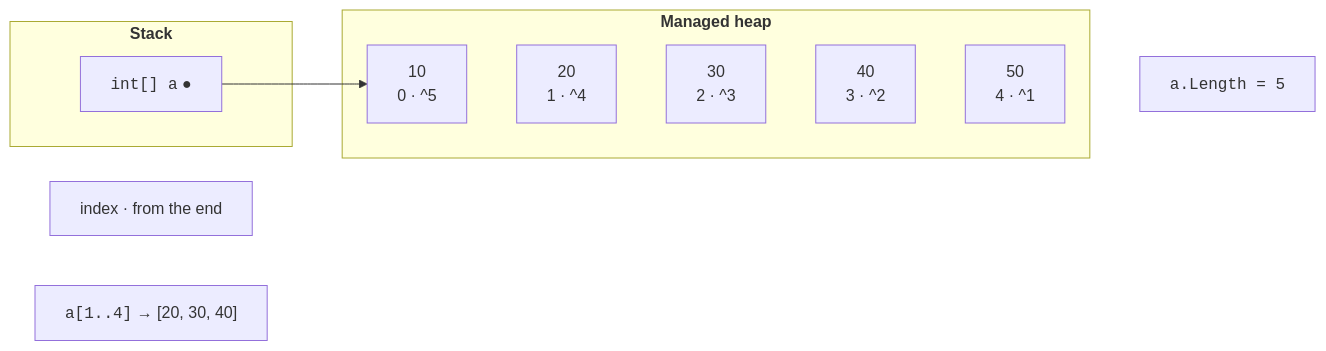
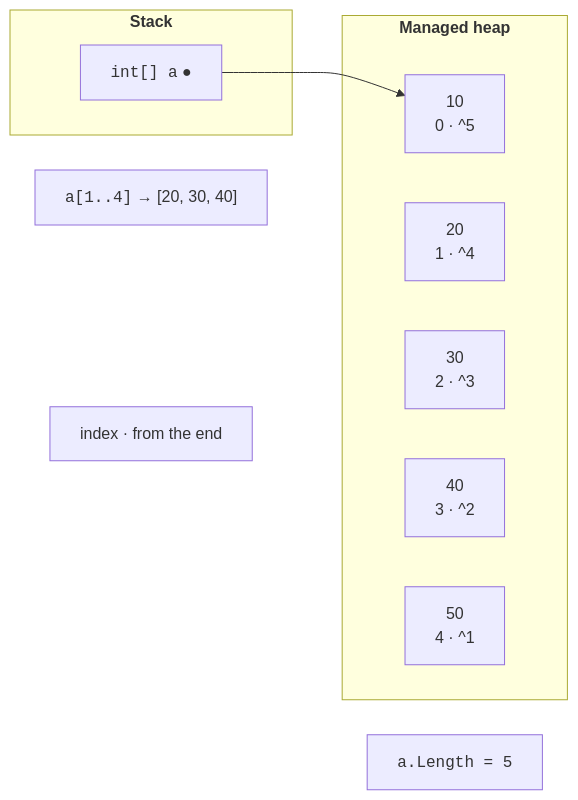
Before and after one commit to musicvano/Blog: the first of 2 diagrams in src/courses/csharp/04-arrays-strings/arrays.md, drawn with Mermaid. The commit also changed other lines of this file and 583 other files, not shown here.

````diff
--- a/src/courses/csharp/04-arrays-strings/arrays.md
+++ b/src/courses/csharp/04-arrays-strings/arrays.md
@@ -32,13 +32,21 @@
 ```mermaid
 flowchart LR
   subgraph STACK ["<b>Stack</b>"]
     A["<code>int[] a</code>  ●"]
   end
   subgraph HEAP ["<b>Managed heap</b>"]
-    C0["10<br>0 · ^5"] ~~~ C1["20<br>1 · ^4"] ~~~ C2["30<br>2 · ^3"] ~~~ C3["40<br>3 · ^2"] ~~~ C4["50<br>4 · ^1"]
+    C0["10<br>0 · ^5"]
+    C1["20<br>1 · ^4"]
+    C2["30<br>2 · ^3"]
+    C3["40<br>3 · ^2"]
+    C4["50<br>4 · ^1"]
   end
   A --> C0
-  C4 ~~~ LEN["<code>a.Length = 5</code>"]
-  L["index · from the end"]
+  L["index · from the end"] ~~~ C0
+  L ~~~ C1
+  L ~~~ C2
+  L ~~~ C3
+  L ~~~ C4
+  L ~~~ LEN["<code>a.Length = 5</code>"]
   R["<code>a[1..4]</code> → [20, 30, 40]"]
 ```
````
